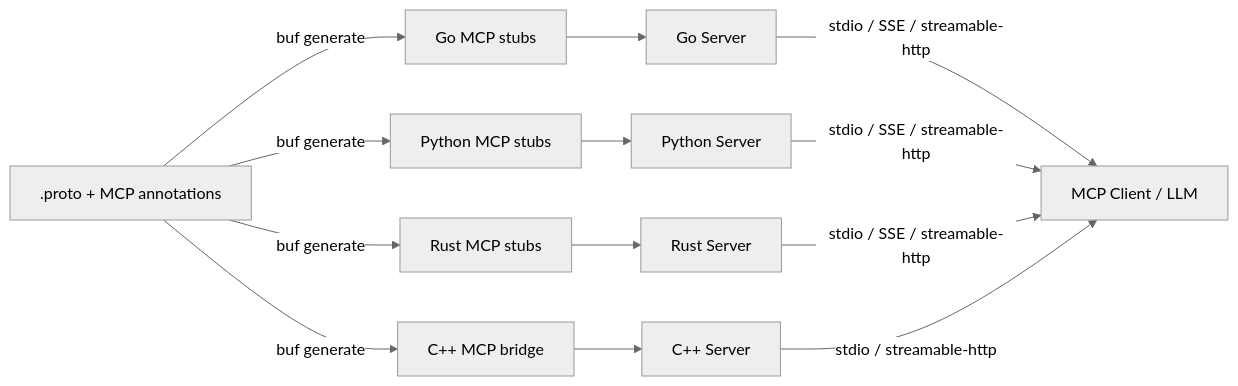
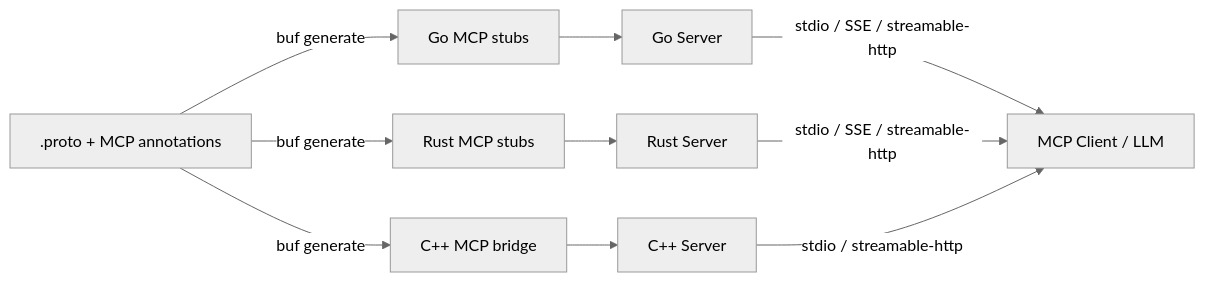
Before and after one commit to the-protobuf-project/mcp: the first of 2 diagrams in README.md, drawn with Mermaid (neutral theme). The commit also changed other lines of this file and 126 other files, not shown here.

````diff
--- a/README.md
+++ b/README.md
@@ -81,15 +79,12 @@
 ```mermaid
 graph LR
     Proto[".proto + MCP annotations"] -->|buf generate| GenGo["Go MCP stubs"]
-    Proto -->|buf generate| GenPy["Python MCP stubs"]
     Proto -->|buf generate| GenRs["Rust MCP stubs"]
     Proto -->|buf generate| GenCpp["C++ MCP bridge"]
     GenGo --> GoSrv["Go Server"]
-    GenPy --> PySrv["Python Server"]
     GenRs --> RsSrv["Rust Server"]
     GenCpp --> CppSrv["C++ Server"]
     GoSrv -->|stdio / SSE / streamable-http| Client["MCP Client / LLM"]
-    PySrv -->|stdio / SSE / streamable-http| Client
     RsSrv -->|stdio / SSE / streamable-http| Client
     CppSrv -->|stdio / streamable-http| Client
 ```
````
